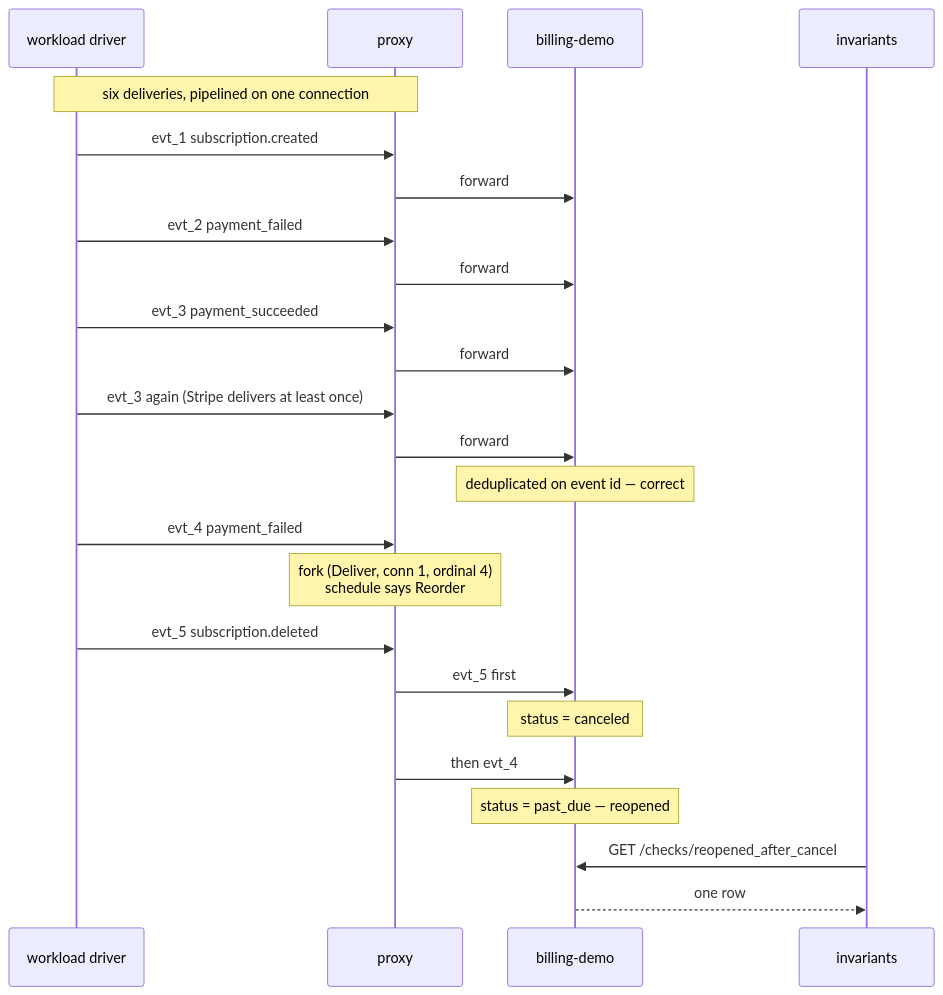
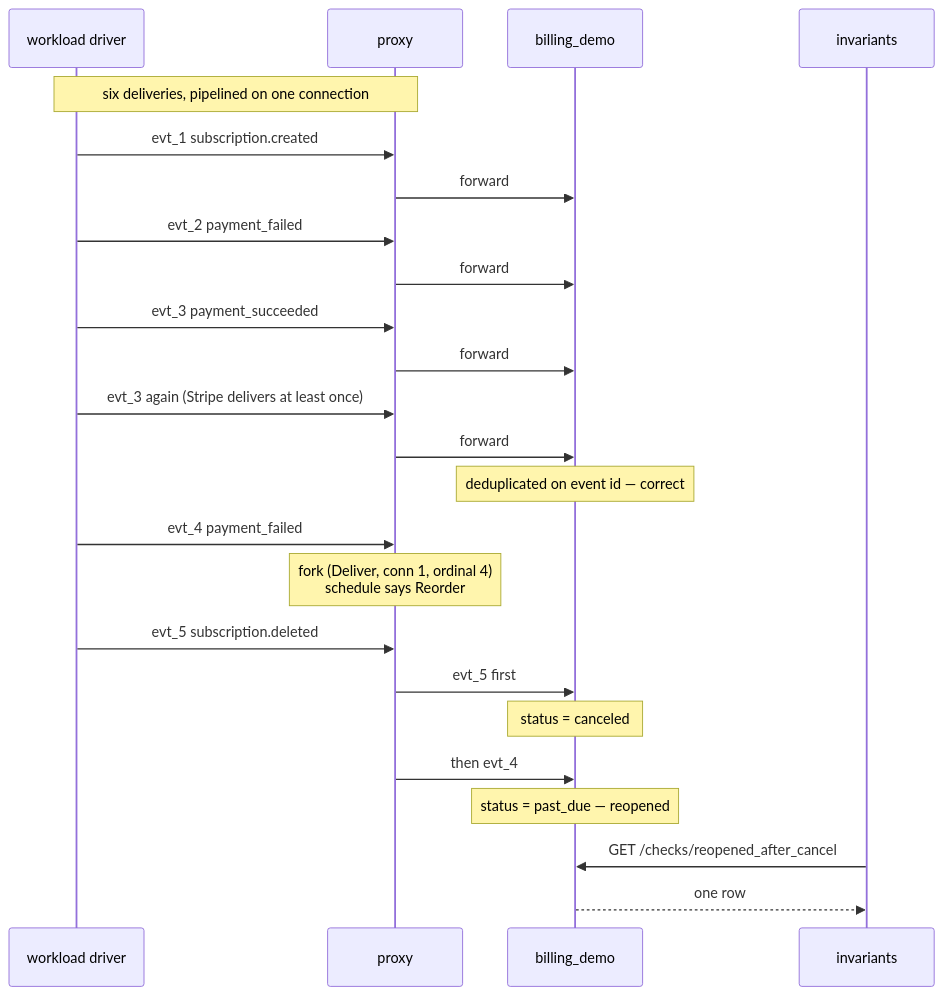
Before and after one commit to anthid-labs/misorder: the eighth of 9 diagrams in docs/ARCHITECTURE.md, drawn with Mermaid. The commit also changed other lines of this file and 11 other files, not shown here.

````diff
--- a/docs/ARCHITECTURE.md
+++ b/docs/ARCHITECTURE.md
@@ -289,27 +289,27 @@
 ```mermaid
 sequenceDiagram
     participant D as workload driver
     participant P as proxy
-    participant S as billing-demo
+    participant S as billing_demo
     participant C as invariants
 
     Note over D,P: six deliveries, pipelined on one connection
     D->>P: evt_1 subscription.created
     P->>S: forward
     D->>P: evt_2 payment_failed
     P->>S: forward
     D->>P: evt_3 payment_succeeded
     P->>S: forward
     D->>P: evt_3 again (Stripe delivers at least once)
     P->>S: forward
     Note over S: deduplicated on event id — correct
     D->>P: evt_4 payment_failed
     Note over P: fork (Deliver, conn 1, ordinal 4)<br/>schedule says Reorder
     D->>P: evt_5 subscription.deleted
     P->>S: evt_5 first
     Note over S: status = canceled
     P->>S: then evt_4
     Note over S: status = past_due — reopened
     C->>S: GET /checks/reopened_after_cancel
     S-->>C: one row
 ```
````
